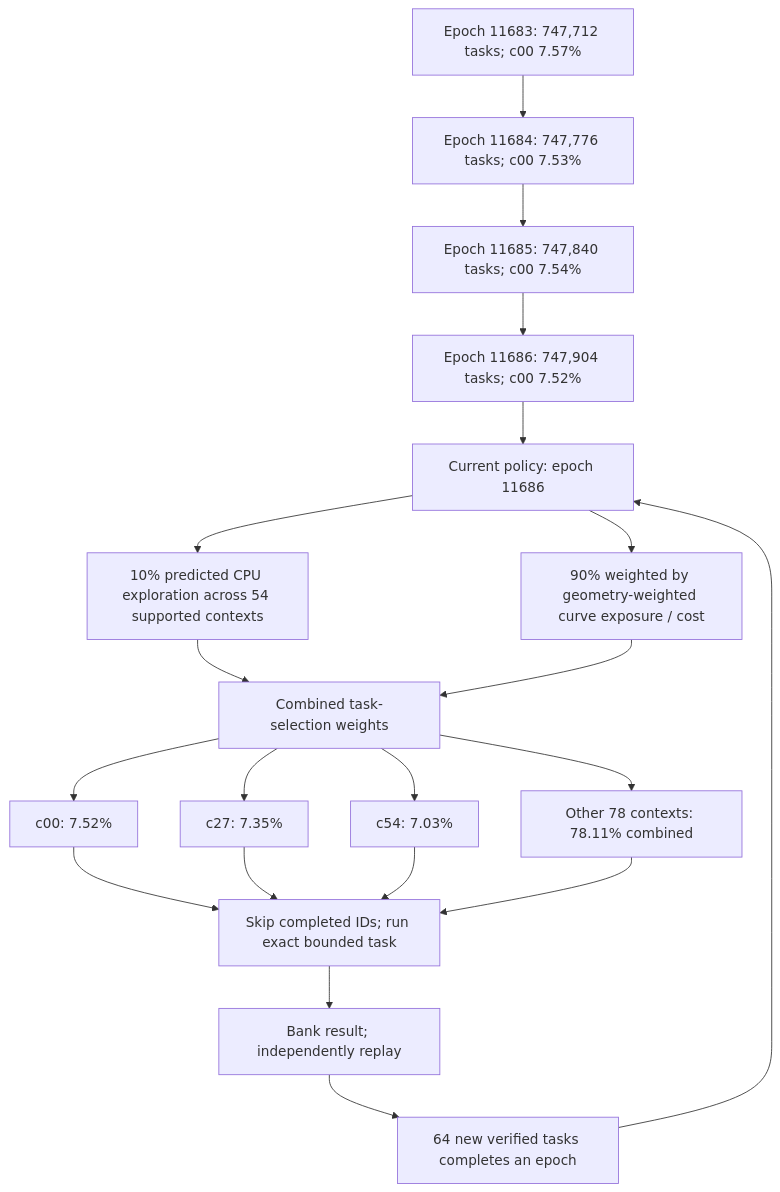
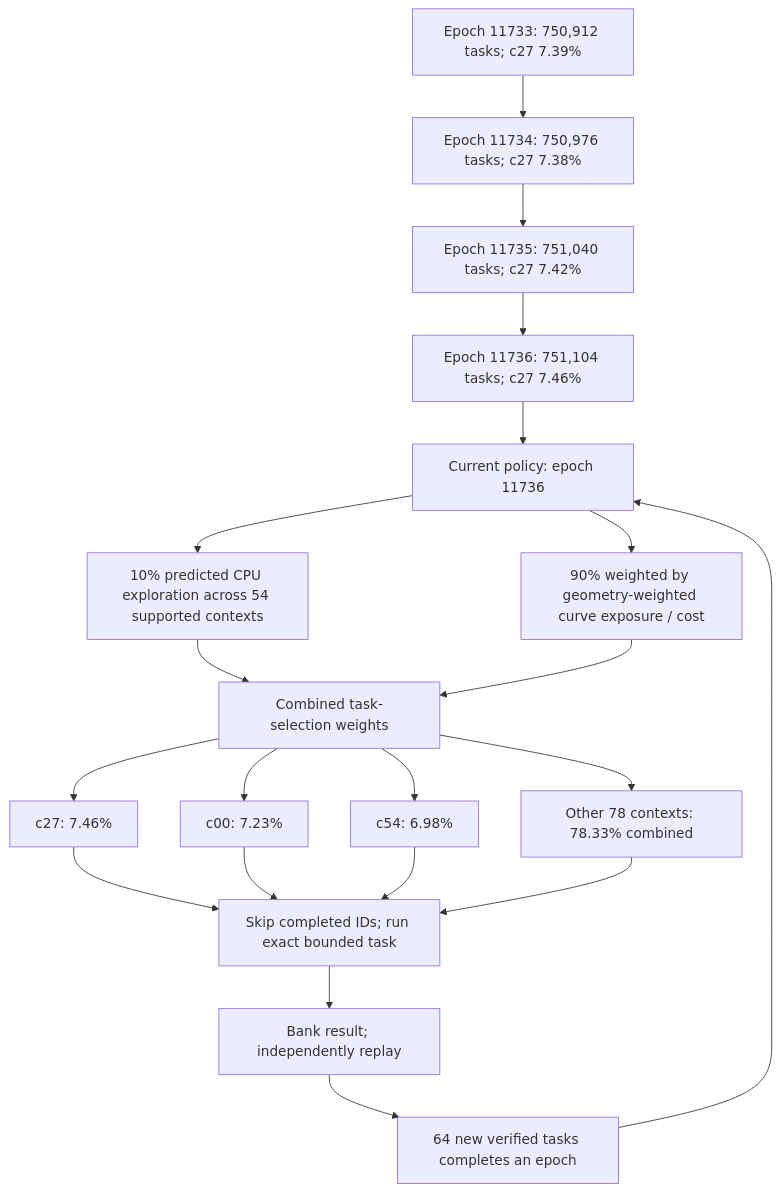
One commit to Kuberwastaken/math-gambling changed the first of 4 diagrams in README.md. Above: the diagram before and after it, drawn with Mermaid. The commit also changed other lines of this file and 9508 other files, not shown here.

````diff
--- a/README.md
+++ b/README.md
@@ -60,27 +60,27 @@
 ```mermaid
 flowchart TD
-    H0["Epoch 11683: 747,712 tasks; c00 7.57%"]
-    H1["Epoch 11684: 747,776 tasks; c00 7.53%"]
+    H0["Epoch 11733: 750,912 tasks; c27 7.39%"]
+    H1["Epoch 11734: 750,976 tasks; c27 7.38%"]
     H0 --> H1
-    H2["Epoch 11685: 747,840 tasks; c00 7.54%"]
+    H2["Epoch 11735: 751,040 tasks; c27 7.42%"]
     H1 --> H2
-    H3["Epoch 11686: 747,904 tasks; c00 7.52%"]
+    H3["Epoch 11736: 751,104 tasks; c27 7.46%"]
     H2 --> H3
-    Policy["Current policy: epoch 11686"]
+    Policy["Current policy: epoch 11736"]
     H3 --> Policy
     Policy --> Explore["10% predicted CPU exploration across 54 supported contexts"]
     Policy --> Cost["90% weighted by geometry-weighted curve exposure / cost"]
     Explore --> Mix["Combined task-selection weights"]
     Cost --> Mix
-    Mix --> C0["c00: 7.52%"]
-    Mix --> C1["c27: 7.35%"]
-    Mix --> C2["c54: 7.03%"]
-    Mix --> Rest["Other 78 contexts: 78.11% combined"]
+    Mix --> C0["c27: 7.46%"]
+    Mix --> C1["c00: 7.23%"]
+    Mix --> C2["c54: 6.98%"]
+    Mix --> Rest["Other 78 contexts: 78.33% combined"]
     C0 --> Check["Skip completed IDs; run exact bounded task"]
     C1 --> Check
     C2 --> Check
     Rest --> Check
     Check --> Replay["Bank result; independently replay"]
     Replay --> Gate["64 new verified tasks completes an epoch"]
     Gate --> Policy
 ```
````
